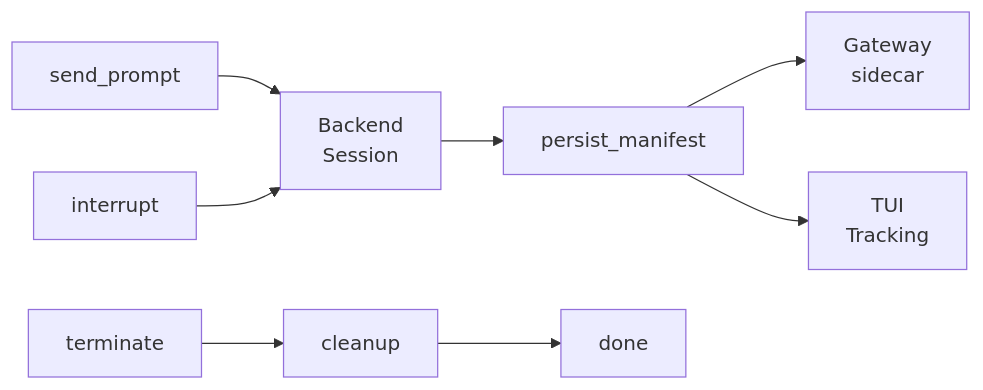
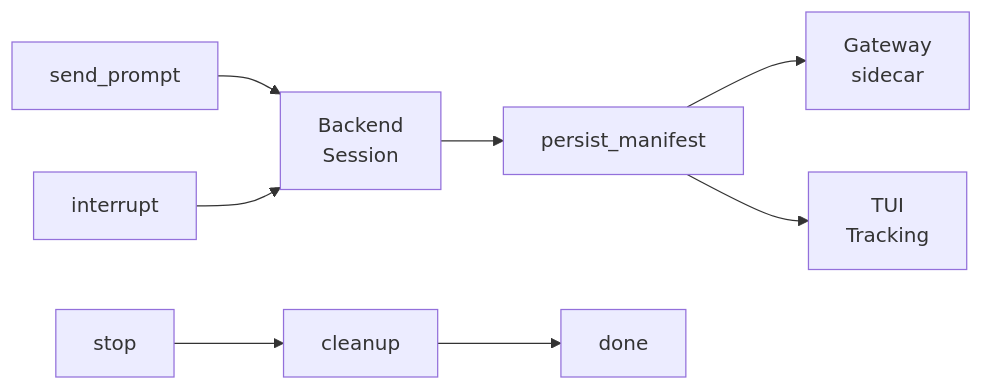
One commit to igamenovoer/houmao changed the second of 2 diagrams in docs/getting-started/overview.md. Above: the diagram before and after it, drawn with Mermaid. The commit also changed other lines of this file and 46 other files, not shown here.

````diff
--- a/docs/getting-started/overview.md
+++ b/docs/getting-started/overview.md
@@ -52,12 +52,12 @@
 ```mermaid
 flowchart LR
     SP["send_prompt"] --> BS["Backend<br/>Session"]
     INT["interrupt"] --> BS
-    TERM["terminate"] --> CL["cleanup"]
+    TERM["stop"] --> CL["cleanup"]
 
     BS --> PM["persist_manifest"]
     PM --> GW["Gateway<br/>sidecar"]
     PM --> TUI["TUI<br/>Tracking"]
 
     CL --> DONE["done"]
 ```
````
